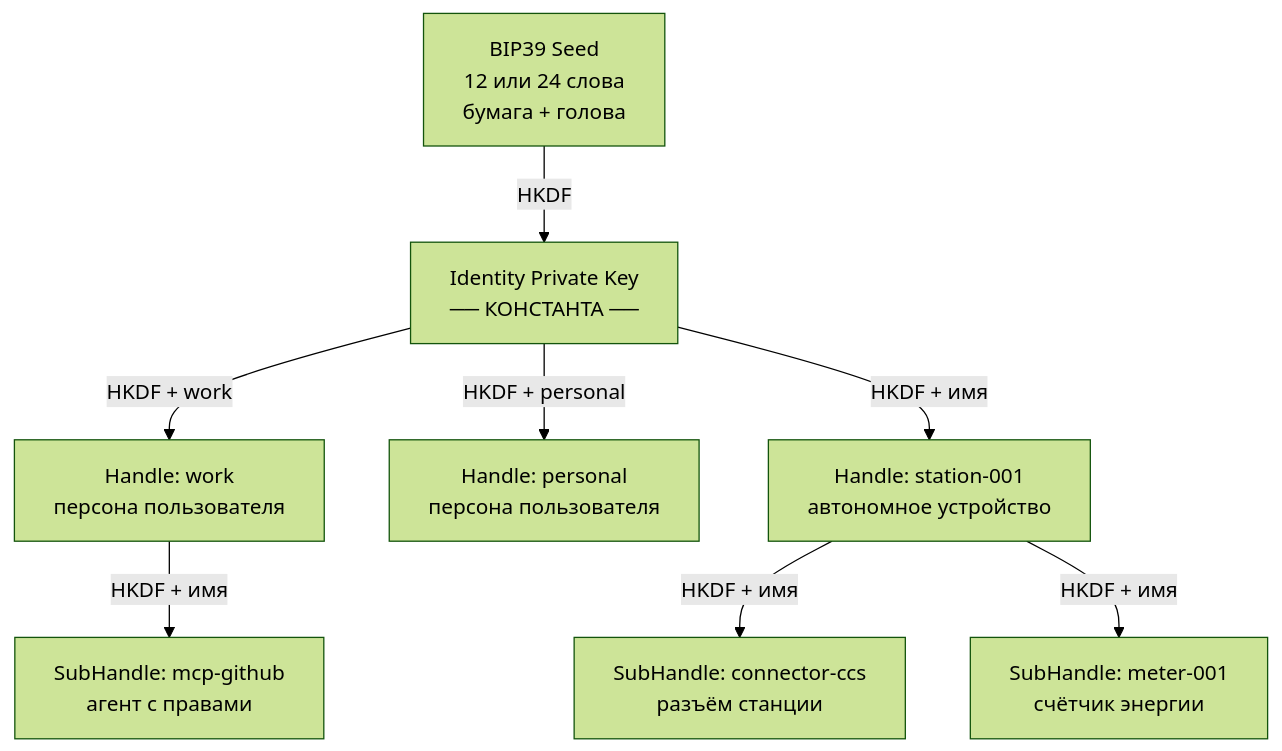
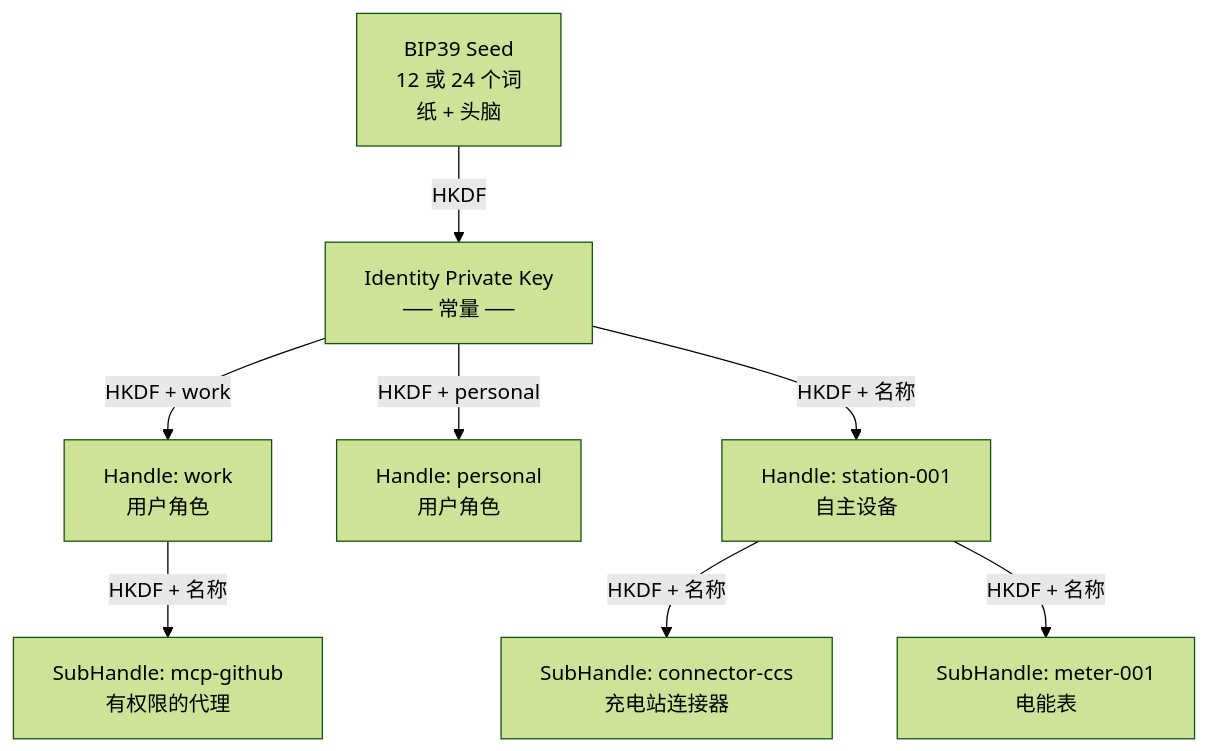
The first of 2 diagrams in src/content/blog/zh/me2em-seed-derived-identity.md (me2em-org/me2em-website), drawn with Mermaid (forest theme) before and after one commit. The commit also changed other lines of this file and 3 other files, not shown here.

````diff
--- a/src/content/blog/zh/me2em-seed-derived-identity.md
+++ b/src/content/blog/zh/me2em-seed-derived-identity.md
@@ -63,10 +63,10 @@
 ```mermaid
 flowchart TD
-    S["BIP39 Seed<br/>12 или 24 слова<br/>бумага + голова"] -->|"HKDF"| I["Identity Private Key<br/>── КОНСТАНТА ──"]
-    I -->|"HKDF + work"| H1["Handle: work<br/>персона пользователя"]
-    I -->|"HKDF + personal"| H2["Handle: personal<br/>персона пользователя"]
-    I -->|"HKDF + имя"| H3["Handle: station-001<br/>автономное устройство"]
-    H1 -->|"HKDF + имя"| SH1["SubHandle: mcp-github<br/>агент с правами"]
-    H3 -->|"HKDF + имя"| SH2["SubHandle: connector-ccs<br/>разъём станции"]
-    H3 -->|"HKDF + имя"| SH3["SubHandle: meter-001<br/>счётчик энергии"]
+    S["BIP39 Seed<br/>12 或 24 个词<br/>纸 + 头脑"] -->|"HKDF"| I["Identity Private Key<br/>── 常量 ──"]
+    I -->|"HKDF + work"| H1["Handle: work<br/>用户角色"]
+    I -->|"HKDF + personal"| H2["Handle: personal<br/>用户角色"]
+    I -->|"HKDF + 名称"| H3["Handle: station-001<br/>自主设备"]
+    H1 -->|"HKDF + 名称"| SH1["SubHandle: mcp-github<br/>有权限的代理"]
+    H3 -->|"HKDF + 名称"| SH2["SubHandle: connector-ccs<br/>充电站连接器"]
+    H3 -->|"HKDF + 名称"| SH3["SubHandle: meter-001<br/>电能表"]
 ```
````
